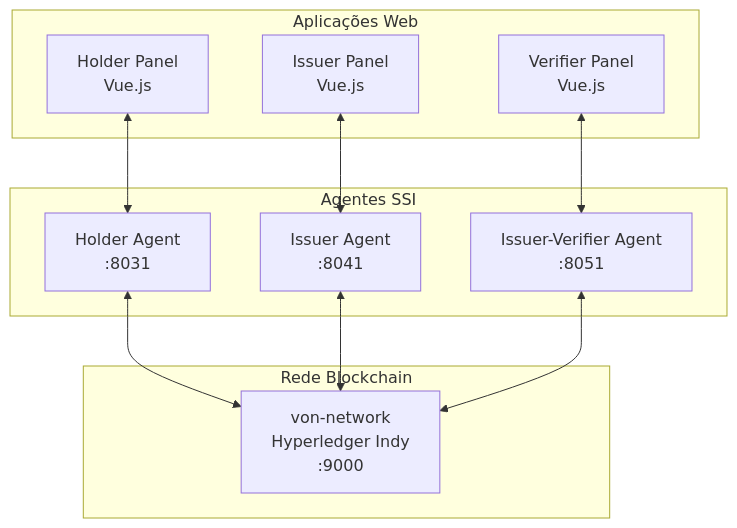
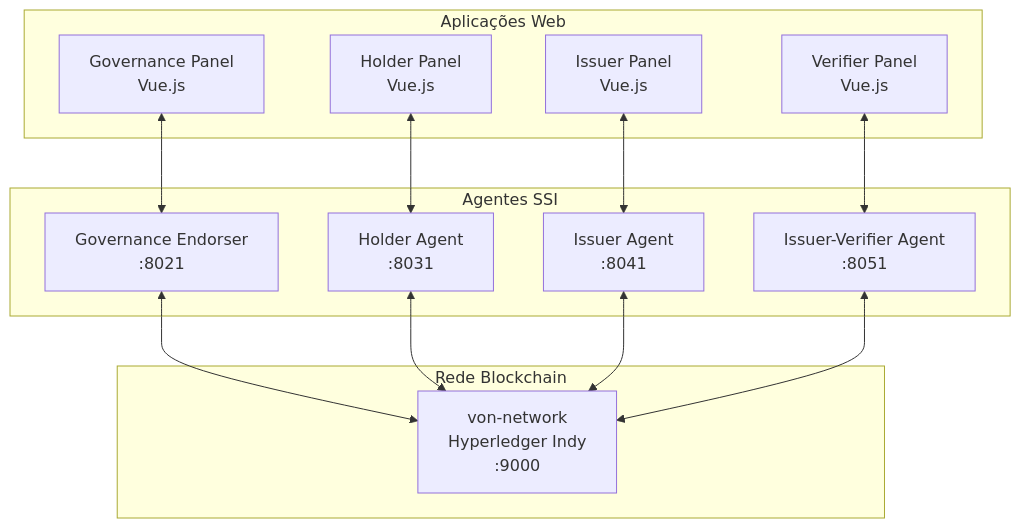
The diagram in README.md (igor-camara/tcc-poc-ssi), drawn with Mermaid before and after one commit. The commit also changed other lines of this file, not shown here.

````diff
--- a/README.md
+++ b/README.md
@@ -28,26 +28,30 @@
 ```mermaid
 graph TB
     subgraph "Rede Blockchain"
         VN[von-network<br/>Hyperledger Indy<br/>:9000]
     end
     
     subgraph "Agentes SSI"
+        G[Governance Endorser<br/>:8021]
         H[Holder Agent<br/>:8031]
         I[Issuer Agent<br/>:8041]
         IV[Issuer-Verifier Agent<br/>:8051]
     end
     
     subgraph "Aplicações Web"
+        GP[Governance Panel<br/>Vue.js]
         HP[Holder Panel<br/>Vue.js]
         IP[Issuer Panel<br/>Vue.js]
         IVP[Verifier Panel<br/>Vue.js]
     end
     
+    G <--> VN
     H <--> VN
     I <--> VN
     IV <--> VN
     
+    GP <--> G
     HP <--> H
     IP <--> I
     IVP <--> IV
 ```
````
